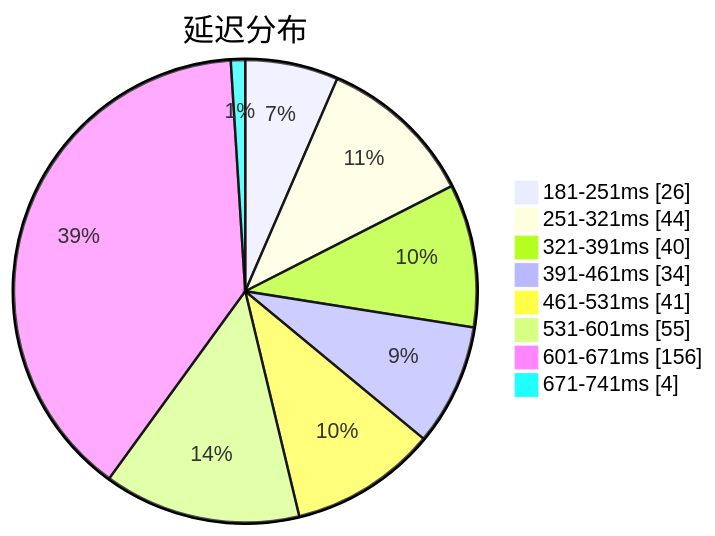
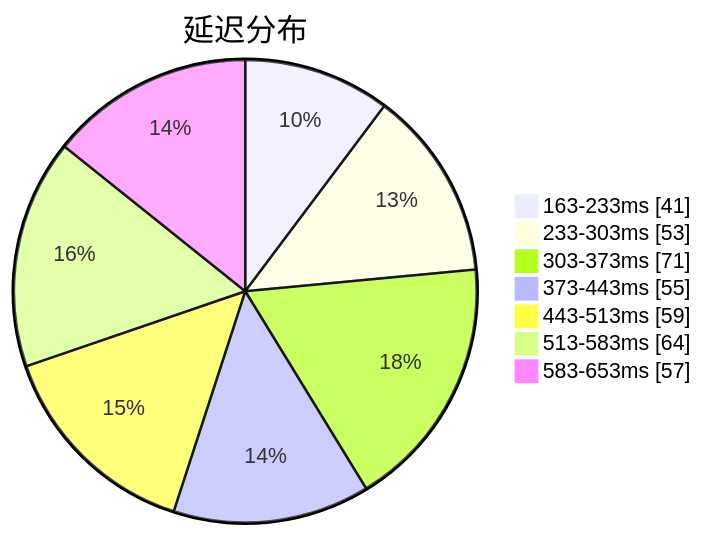
One commit to qjlxg/airport changed the first of 3 diagrams in subs/statistics/tested_within.md. Above: the diagram before and after it, drawn with Mermaid. The commit also changed other lines of this file and 2 other files, not shown here.

````diff
--- a/subs/statistics/tested_within.md
+++ b/subs/statistics/tested_within.md
@@ -2,12 +2,11 @@
 ```mermaid
 pie showData
 title 延迟分布
-"181-251ms" : 26
-"251-321ms" : 44
-"321-391ms" : 40
-"391-461ms" : 34
-"461-531ms" : 41
-"531-601ms" : 55
-"601-671ms" : 156
-"671-741ms" : 4
+"163-233ms" : 41
+"233-303ms" : 53
+"303-373ms" : 71
+"373-443ms" : 55
+"443-513ms" : 59
+"513-583ms" : 64
+"583-653ms" : 57
 ```
````
